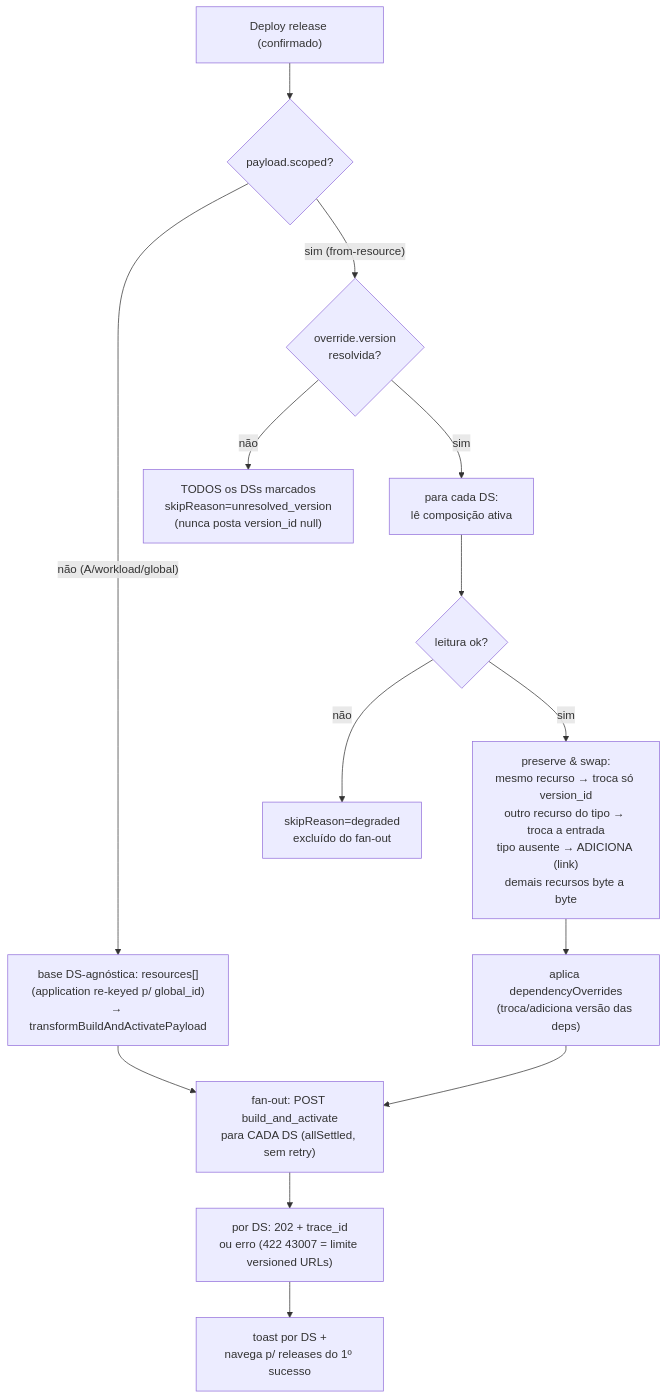
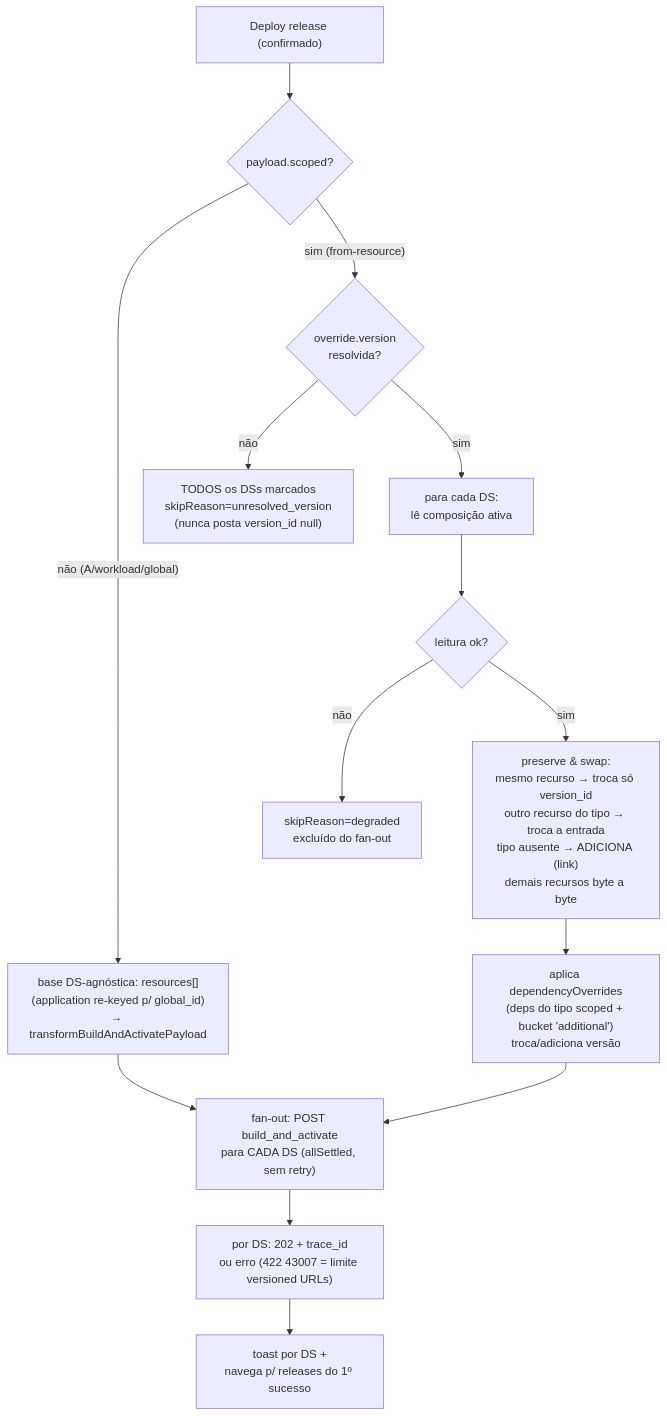
One commit to aziontech/azion-console-kit changed the seventh of 7 diagrams in docs/RELEASE-COMPOSER-FLOWS.md. Above: the diagram before and after it, drawn with Mermaid. The commit also changed other lines of this file, not shown here.

Commit message:
fix: update line references in release-compose-flow for accuracy

````diff
--- a/docs/RELEASE-COMPOSER-FLOWS.md
+++ b/docs/RELEASE-COMPOSER-FLOWS.md
@@ -410,19 +422,19 @@
 ```mermaid
 flowchart TD
     A["Deploy release (confirmado)"] --> B{"payload.scoped?"}
 
     B -->|"não (A/workload/global)"| C["base DS-agnóstica: resources[]<br/>(application re-keyed p/ global_id)<br/>→ transformBuildAndActivatePayload"]
     C --> D["fan-out: POST build_and_activate<br/>para CADA DS (allSettled, sem retry)"]
 
     B -->|"sim (from-resource)"| E{"override.version<br/>resolvida?"}
     E -->|"não"| F["TODOS os DSs marcados<br/>skipReason=unresolved_version<br/>(nunca posta version_id null)"]
     E -->|"sim"| G["para cada DS:<br/>lê composição ativa"]
     G --> H{"leitura ok?"}
     H -->|"não"| I["skipReason=degraded<br/>excluído do fan-out"]
     H -->|"sim"| J["preserve & swap:<br/>mesmo recurso → troca só version_id<br/>outro recurso do tipo → troca a entrada<br/>tipo ausente → ADICIONA (link)<br/>demais recursos byte a byte"]
-    J --> K["aplica dependencyOverrides<br/>(troca/adiciona versão das deps)"]
+    J --> K["aplica dependencyOverrides<br/>(deps do tipo scoped + bucket 'additional')<br/>troca/adiciona versão"]
     K --> D
 
     D --> L["por DS: 202 + trace_id<br/>ou erro (422 43007 = limite versioned URLs)"]
     L --> M["toast por DS +<br/>navega p/ releases do 1º sucesso"]
 ```
````
